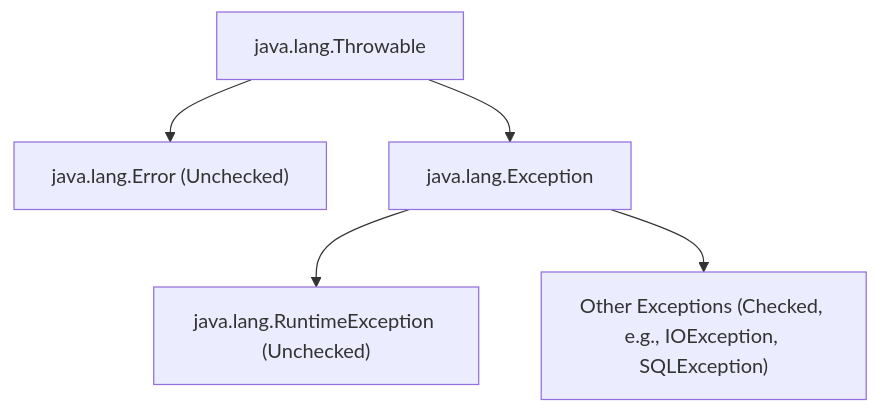
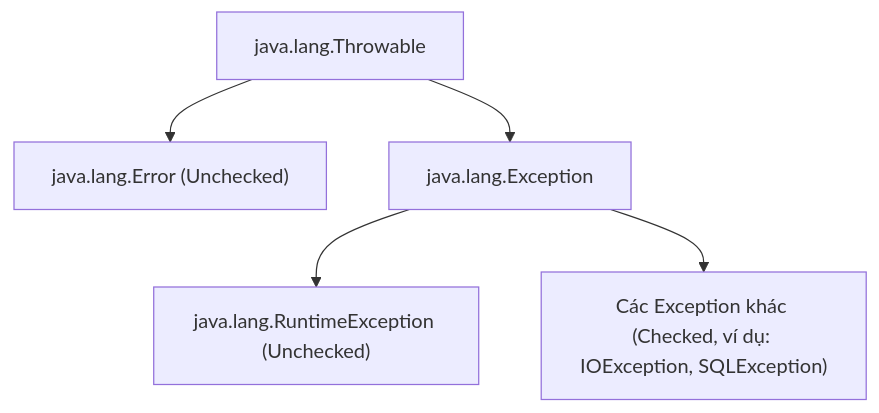
The diagram in vi/12-exception-handling/theory/01-what-is-an-exception-concepts.md (PhuThien2005/theoretical-of-java-core), drawn with Mermaid before and after one commit. The commit also changed other lines of this file and 229 other files, not shown here.

````diff
--- a/vi/12-exception-handling/theory/01-what-is-an-exception-concepts.md
+++ b/vi/12-exception-handling/theory/01-what-is-an-exception-concepts.md
@@ -106,7 +106,7 @@
 ```mermaid
 graph TD
     Throwable["java.lang.Throwable"] --> Error["java.lang.Error (Unchecked)"]
     Throwable --> Exception["java.lang.Exception"]
     Exception --> RuntimeException["java.lang.RuntimeException (Unchecked)"]
-    Exception --> CheckedException["Other Exceptions (Checked, e.g., IOException, SQLException)"]
+    Exception --> CheckedException["Các Exception khác (Checked, ví dụ: IOException, SQLException)"]
 ```
````
